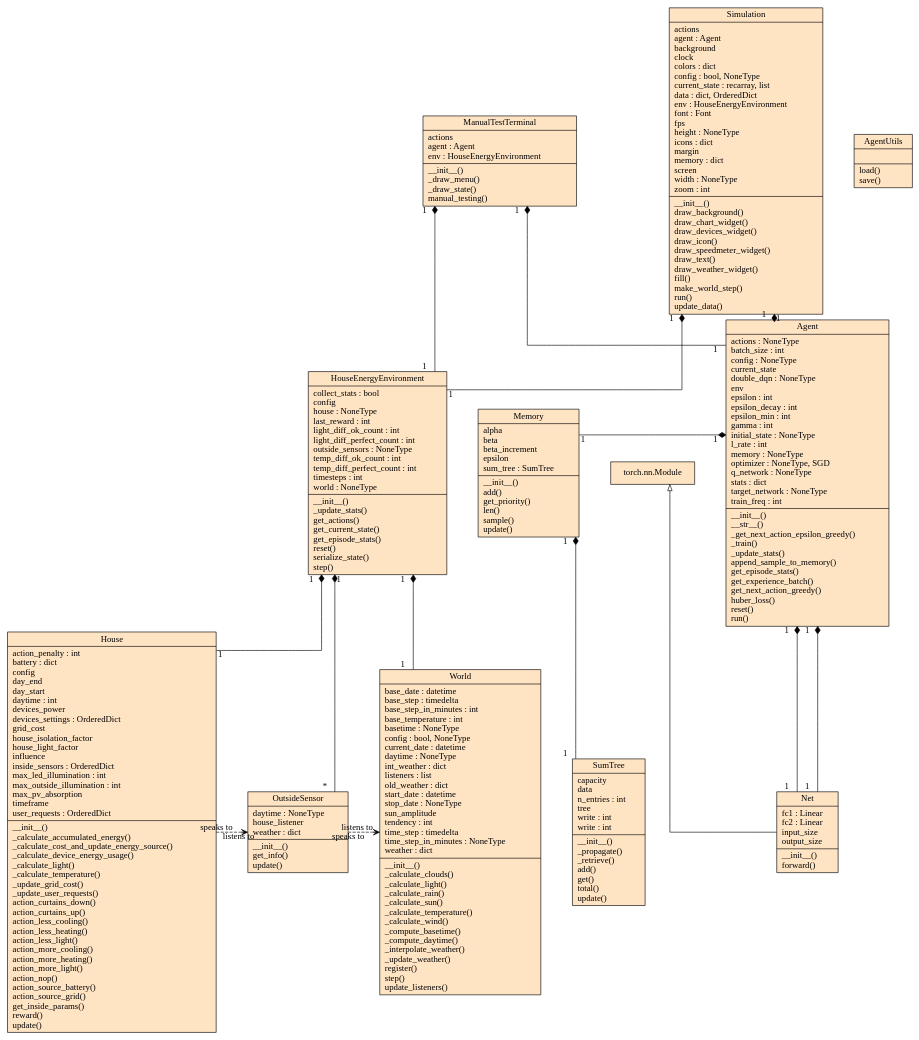
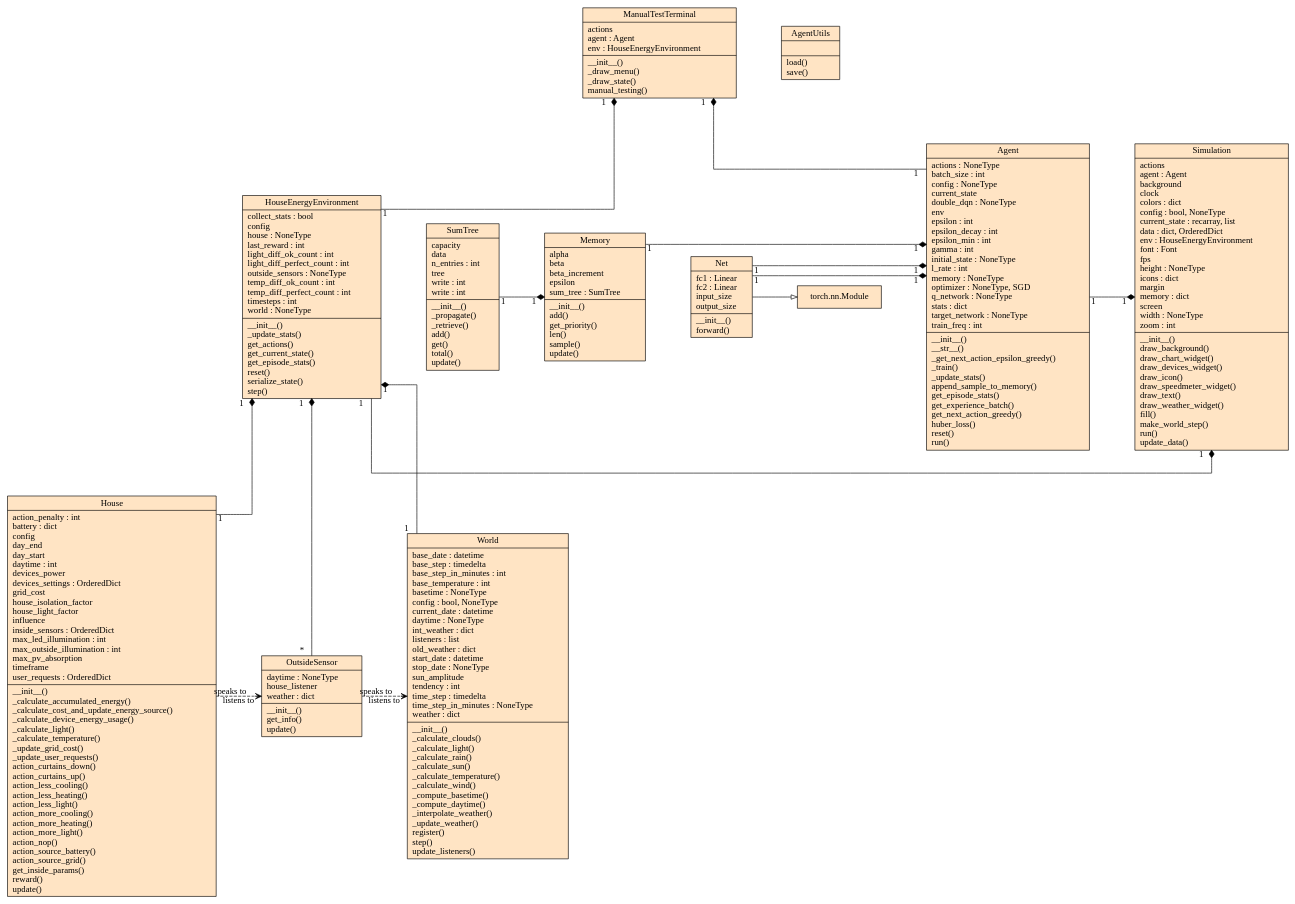
Before and after one commit to JuliaSzulc/Efficient-House-Energy-Management-Using-Self-Learning-AI: the diagram in documentation/classes_diagram_ready.dot, drawn with Graphviz. The commit also changed 6 other files, not shown here.

```diff
--- a/documentation/classes_diagram_ready.dot
+++ b/documentation/classes_diagram_ready.dot
@@ -1,52 +1,52 @@
 digraph "classes_diagram" {
 charset="utf-8"
 rankdir=BT
 splines = ortho
-ranksep=0
-nodesep=0.7
+ranksep=1
+nodesep=1
 
 subgraph{
 node [shape=box, style=filled ,fillcolor=bisque]
 
-"0" [label="{Agent|actions : NoneType\lbatch_size : int\lconfig : NoneType\lcurrent_state\ldouble_dqn : NoneType\lenv\lepsilon : int\lepsilon_decay : int\lepsilon_min : int\lgamma : int\linitial_state : NoneType\ll_rate : int\lmemory : NoneType\loptimizer : NoneType, SGD\lq_network : NoneType\lstats : dict\ltarget_network : NoneType\ltrain_freq : int\l|__init__()\l__str__()\l_get_next_action_epsilon_greedy()\l_train()\l_update_stats()\lappend_sample_to_memory()\lget_episode_stats()\lget_experience_batch()\lget_next_action_greedy()\lhuber_loss()\lreset()\lrun()\l}", shape="record"];
-"1" [label="{House|action_penalty : int\lbattery : dict\lconfig\lday_end\lday_start\ldaytime : int\ldevices_power\ldevices_settings : OrderedDict\lgrid_cost\lhouse_isolation_factor\lhouse_light_factor\linfluence\linside_sensors : OrderedDict\lmax_led_illumination : int\lmax_outside_illumination : int\lmax_pv_absorption\ltimeframe\luser_requests : OrderedDict\l|__init__()\l_calculate_accumulated_energy()\l_calculate_cost_and_update_energy_source()\l_calculate_device_energy_usage()\l_calculate_light()\l_calculate_temperature()\l_update_grid_cost()\l_update_user_requests()\laction_curtains_down()\laction_curtains_up()\laction_less_cooling()\laction_less_heating()\laction_less_light()\laction_more_cooling()\laction_more_heating()\laction_more_light()\laction_nop()\laction_source_battery()\laction_source_grid()\lget_inside_params()\lreward()\lupdate()\l}", shape="record"];
-"2" [label="{HouseEnergyEnvironment|collect_stats : bool\lconfig\lhouse : NoneType\llast_reward : int\llight_diff_ok_count : int\llight_diff_perfect_count : int\loutside_sensors : NoneType\ltemp_diff_ok_count : int\ltemp_diff_perfect_count : int\ltimesteps : int\lworld : NoneType\l|__init__()\l_update_stats()\lget_actions()\lget_current_state()\lget_episode_stats()\lreset()\lserialize_state()\lstep()\l}", shape="record"];
-"3" [label="{ManualTestTerminal|actions\lagent : Agent\lenv : HouseEnergyEnvironment\l|__init__()\l_draw_menu()\l_draw_state()\lmanual_testing()\l}", shape="record"];
-"4" [label="{Memory|alpha\lbeta\lbeta_increment\lepsilon\lsum_tree : SumTree\l|__init__()\ladd()\lget_priority()\llen()\lsample()\lupdate()\l}", shape="record"];
-"5" [label="{Net|fc1 : Linear\lfc2 : Linear\linput_size\loutput_size\l|__init__()\lforward()\l}", shape="record"];
-"6" [label="{OutsideSensor|daytime : NoneType\lhouse_listener\lweather : dict\l|__init__()\lget_info()\lupdate()\l}", shape="record"];
-"7" [label="{World|base_date : datetime\lbase_step : timedelta\lbase_step_in_minutes : int\lbase_temperature : int\lbasetime : NoneType\lconfig : bool, NoneType\lcurrent_date : datetime\ldaytime : NoneType\lint_weather : dict\llisteners : list\lold_weather : dict\lstart_date : datetime\lstop_date : NoneType\lsun_amplitude\ltendency : int\ltime_step : timedelta\ltime_step_in_minutes : NoneType\lweather : dict\l|__init__()\l_calculate_clouds()\l_calculate_light()\l_calculate_rain()\l_calculate_sun()\l_calculate_temperature()\l_calculate_wind()\l_compute_basetime()\l_compute_daytime()\l_interpolate_weather()\l_update_weather()\lregister()\lstep()\lupdate_listeners()\l}", shape="record"];
-"8" [label="{SumTree|capacity\ldata\ln_entries : int\ltree\lwrite : int\lwrite : int\l|__init__()\l_propagate()\l_retrieve()\ladd()\lget()\ltotal()\lupdate()\l}", shape="record"];
-"9" [label="{torch.nn.Module}", shape="record"];
+"agent" [label="{Agent|actions : NoneType\lbatch_size : int\lconfig : NoneType\lcurrent_state\ldouble_dqn : NoneType\lenv\lepsilon : int\lepsilon_decay : int\lepsilon_min : int\lgamma : int\linitial_state : NoneType\ll_rate : int\lmemory : NoneType\loptimizer : NoneType, SGD\lq_network : NoneType\lstats : dict\ltarget_network : NoneType\ltrain_freq : int\l|__init__()\l__str__()\l_get_next_action_epsilon_greedy()\l_train()\l_update_stats()\lappend_sample_to_memory()\lget_episode_stats()\lget_experience_batch()\lget_next_action_greedy()\lhuber_loss()\lreset()\lrun()\l}", shape="record"];
+"house" [label="{House|action_penalty : int\lbattery : dict\lconfig\lday_end\lday_start\ldaytime : int\ldevices_power\ldevices_settings : OrderedDict\lgrid_cost\lhouse_isolation_factor\lhouse_light_factor\linfluence\linside_sensors : OrderedDict\lmax_led_illumination : int\lmax_outside_illumination : int\lmax_pv_absorption\ltimeframe\luser_requests : OrderedDict\l|__init__()\l_calculate_accumulated_energy()\l_calculate_cost_and_update_energy_source()\l_calculate_device_energy_usage()\l_calculate_light()\l_calculate_temperature()\l_update_grid_cost()\l_update_user_requests()\laction_curtains_down()\laction_curtains_up()\laction_less_cooling()\laction_less_heating()\laction_less_light()\laction_more_cooling()\laction_more_heating()\laction_more_light()\laction_nop()\laction_source_battery()\laction_source_grid()\lget_inside_params()\lreward()\lupdate()\l}", shape="record"];
+"env" [label="{HouseEnergyEnvironment|collect_stats : bool\lconfig\lhouse : NoneType\llast_reward : int\llight_diff_ok_count : int\llight_diff_perfect_count : int\loutside_sensors : NoneType\ltemp_diff_ok_count : int\ltemp_diff_perfect_count : int\ltimesteps : int\lworld : NoneType\l|__init__()\l_update_stats()\lget_actions()\lget_current_state()\lget_episode_stats()\lreset()\lserialize_state()\lstep()\l}", shape="record"];
+"manual_test" [label="{ManualTestTerminal|actions\lagent : Agent\lenv : HouseEnergyEnvironment\l|__init__()\l_draw_menu()\l_draw_state()\lmanual_testing()\l}", shape="record"];
+"memory" [label="{Memory|alpha\lbeta\lbeta_increment\lepsilon\lsum_tree : SumTree\l|__init__()\ladd()\lget_priority()\llen()\lsample()\lupdate()\l}", shape="record"];
+"net" [label="{Net|fc1 : Linear\lfc2 : Linear\linput_size\loutput_size\l|__init__()\lforward()\l}", shape="record"];
+"sensor" [label="{OutsideSensor|daytime : NoneType\lhouse_listener\lweather : dict\l|__init__()\lget_info()\lupdate()\l}", shape="record"];
+"world" [label="{World|base_date : datetime\lbase_step : timedelta\lbase_step_in_minutes : int\lbase_temperature : int\lbasetime : NoneType\lconfig : bool, NoneType\lcurrent_date : datetime\ldaytime : NoneType\lint_weather : dict\llisteners : list\lold_weather : dict\lstart_date : datetime\lstop_date : NoneType\lsun_amplitude\ltendency : int\ltime_step : timedelta\ltime_step_in_minutes : NoneType\lweather : dict\l|__init__()\l_calculate_clouds()\l_calculate_light()\l_calculate_rain()\l_calculate_sun()\l_calculate_temperature()\l_calculate_wind()\l_compute_basetime()\l_compute_daytime()\l_interpolate_weather()\l_update_weather()\lregister()\lstep()\lupdate_listeners()\l}", shape="record"];
+"stree" [label="{SumTree|capacity\ldata\ln_entries : int\ltree\lwrite : int\lwrite : int\l|__init__()\l_propagate()\l_retrieve()\ladd()\lget()\ltotal()\lupdate()\l}", shape="record"];
+"torch_nn" [label="{torch.nn.Module}", shape="record"];
 
-"10" [label="{Simulation|actions\lagent : Agent\lbackground\lclock\lcolors : dict\lconfig : bool, NoneType\lcurrent_state : recarray, list\ldata : dict, OrderedDict\lenv : HouseEnergyEnvironment\lfont : Font\lfps\lheight : NoneType\licons : dict\lmargin\lmemory : dict\lscreen\lwidth : NoneType\lzoom : int\l|__init__()\ldraw_background()\ldraw_chart_widget()\ldraw_devices_widget()\ldraw_icon()\ldraw_speedmeter_widget()\ldraw_text()\ldraw_weather_widget()\lfill()\lmake_world_step()\lrun()\lupdate_data()\l}", shape="record"];
-"12" [label="{AgentUtils|\l|load()\lsave()\l}", shape="record"];
+"simulation" [label="{Simulation|actions\lagent : Agent\lbackground\lclock\lcolors : dict\lconfig : bool, NoneType\lcurrent_state : recarray, list\ldata : dict, OrderedDict\lenv : HouseEnergyEnvironment\lfont : Font\lfps\lheight : NoneType\licons : dict\lmargin\lmemory : dict\lscreen\lwidth : NoneType\lzoom : int\l|__init__()\ldraw_background()\ldraw_chart_widget()\ldraw_devices_widget()\ldraw_icon()\ldraw_speedmeter_widget()\ldraw_text()\ldraw_weather_widget()\lfill()\lmake_world_step()\lrun()\lupdate_data()\l}", shape="record"];
+"agent_utils" [label="{AgentUtils|\l|load()\lsave()\l}", shape="record"];
 
-"8" -> "4" [arrowhead = "diamond" , arrowtail="none", headlabel = "1   ", taillabel = "1   ", style="solid"];
-"5" -> "9" [arrowhead = empty];
+"stree" -> "memory" [arrowhead = "diamond" , arrowtail="none", headlabel = "1   ", taillabel = "1   ", style="solid"];
+"net" -> "torch_nn" [arrowhead = empty];
 
-"4" -> "0" [arrowhead="diamond", arrowtail="none", headlabel = "1   ", taillabel = "1   ", style="solid"];
-"5" -> "0" [arrowhead="diamond", arrowtail="none", headlabel = "1   ", taillabel = "1   ", style="solid"];
-"5" -> "0" [arrowhead="diamond", arrowtail="none", headlabel = "1   ", taillabel = "1   ", style="solid"];
+"memory" -> "agent" [arrowhead="diamond", arrowtail="none", headlabel = "1   ", taillabel = "1   ", style="solid"];
+"net" -> "agent" [arrowhead="diamond", arrowtail="none", headlabel = "1   ", taillabel = "1   ", style="solid"];
+"net" -> "agent" [arrowhead="diamond", arrowtail="none", headlabel = "1   ", taillabel = "1   ", style="solid"];
     
-"1" -> "2" [arrowhead = diamond, headlabel = "1   ", taillabel = "1   "];
-"6" -> "2" [arrowhead = diamond, headlabel = "1   ", taillabel = "*   "];
-"7" -> "2" [arrowhead = diamond, headlabel = "1   ", taillabel = "1   "];
+"house" -> "env" [arrowhead = diamond, headlabel = "1   ", taillabel = "1   "];
+"sensor" -> "env" [arrowhead = diamond, headlabel = "1   ", taillabel = "*   "];
+"world" -> "env" [arrowhead = diamond, headlabel = "1   ", taillabel = "1   "];
     
-"1" -> "6" [arrowhead = vee, headlabel = "speaks to    " , taillabel = "listens to    ", style = "dashed"];
-"6" -> "7" [arrowhead = vee, headlabel = "speaks to    " , taillabel = "listens to    ", style = "dashed"];
+"house" -> "sensor" [arrowhead = vee, headlabel = "speaks to    " , taillabel = "listens to    ", style = "dashed"];
+"sensor" -> "world" [arrowhead = vee, headlabel = "speaks to    " , taillabel = "listens to    ", style = "dashed"];
 
-"0" -> "10" [arrowhead="diamond", arrowtail="none", headlabel = "1   ", taillabel = "1   ", style="solid"];
-"2" -> "10" [arrowhead="diamond", arrowtail="none", headlabel = "1   ", taillabel = "1   ", style="solid"];
+"agent" -> "simulation" [arrowhead="diamond", arrowtail="none", headlabel = "1   ", taillabel = "1   ", style="solid"];
+"env" -> "simulation" [arrowhead="diamond", arrowtail="none", headlabel = "1   ", taillabel = "1   ", style="solid"];
 
 
-"0" -> "3" [arrowhead="diamond", arrowtail="none", headlabel = "1   ", taillabel = "1   ", style="solid"];
-"2" -> "3" [arrowhead="diamond", arrowtail="none", headlabel = "1   ", taillabel = "1   ", style="solid"];
+"agent" -> "manual_test" [arrowhead="diamond", arrowtail="none", headlabel = "1   ", taillabel = "1   ", style="solid"];
+"env" -> "manual_test" [arrowhead="diamond", arrowtail="none", headlabel = "1   ", taillabel = "1   ", style="solid"];
 
 
-{rank = same; 12; 3 }
-{rank = same; 1; 7; 6; }
-{rank = same; 4; 0; }
+{rank = source; world; house; sensor; }
+{rank = same; memory; agent; torch_nn; stree; net; env; simulation;}
+{rank = sink; manual_test;  agent_utils}
 
 }
 }
```
